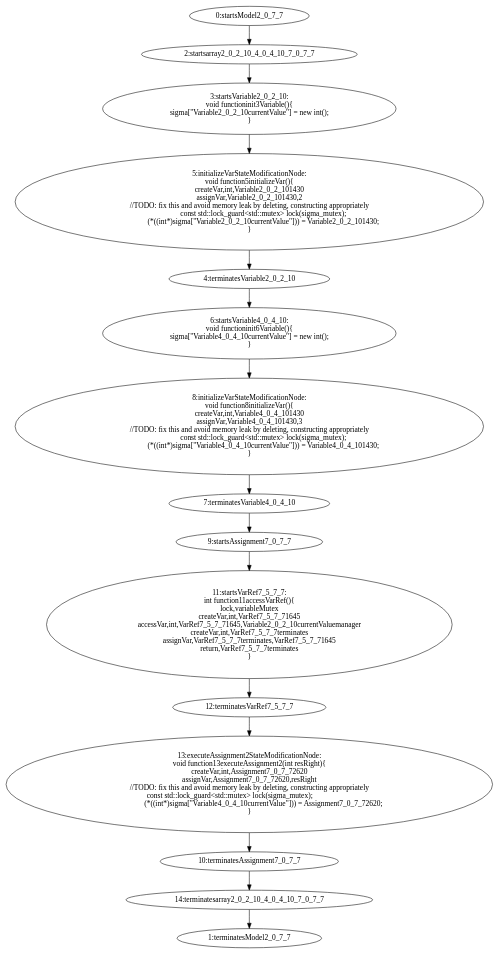
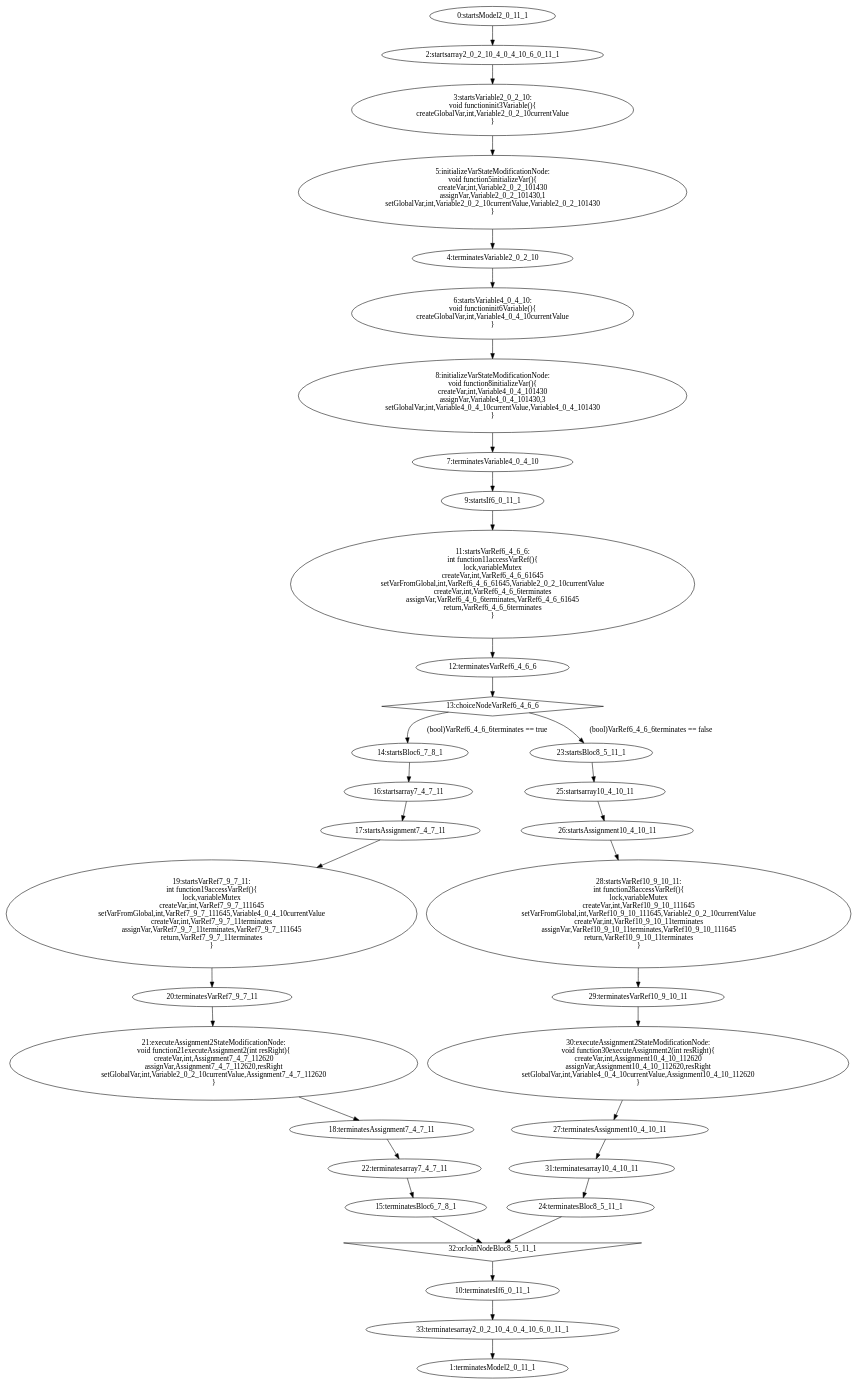
One commit to jdeantoni/TCOS.lang changed the diagram in temp/generated/basictestplus.dot. Above: the diagram before and after it, drawn with Graphviz. The commit also changed 8 other files, not shown here.

```diff
--- a/temp/generated/basictestplus.dot
+++ b/temp/generated/basictestplus.dot
@@ -1,66 +1,120 @@
 digraph G {
-  "0" [label="0:startsModel2_0_7_7" shape="ellipse" ];
-  "1" [label="1:terminatesModel2_0_7_7" shape="ellipse" ];
-  "2" [label="2:startsarray2_0_2_10_4_0_4_10_7_0_7_7" shape="ellipse" ];
+  "0" [label="0:startsModel2_0_11_1" shape="ellipse" ];
+  "1" [label="1:terminatesModel2_0_11_1" shape="ellipse" ];
+  "2" [label="2:startsarray2_0_2_10_4_0_4_10_6_0_11_1" shape="ellipse" ];
   "3" [label="3:startsVariable2_0_2_10:
 void functioninit3Variable(){
-sigma[\"Variable2_0_2_10currentValue\"] = new int();
+createGlobalVar,int,Variable2_0_2_10currentValue
 }" shape="ellipse" ];
   "4" [label="4:terminatesVariable2_0_2_10" shape="ellipse" ];
   "5" [label="5:initializeVarStateModificationNode:
 void function5initializeVar(){
 createVar,int,Variable2_0_2_101430
-assignVar,Variable2_0_2_101430,2
-//TODO: fix this and avoid memory leak by deleting, constructing appropriately
-                const std::lock_guard<std::mutex> lock(sigma_mutex);
-                (*((int*)sigma[\"Variable2_0_2_10currentValue\"])) = Variable2_0_2_101430;
+assignVar,Variable2_0_2_101430,1
+setGlobalVar,int,Variable2_0_2_10currentValue,Variable2_0_2_101430
 }" shape="ellipse" ];
   "6" [label="6:startsVariable4_0_4_10:
 void functioninit6Variable(){
-sigma[\"Variable4_0_4_10currentValue\"] = new int();
+createGlobalVar,int,Variable4_0_4_10currentValue
 }" shape="ellipse" ];
   "7" [label="7:terminatesVariable4_0_4_10" shape="ellipse" ];
   "8" [label="8:initializeVarStateModificationNode:
 void function8initializeVar(){
 createVar,int,Variable4_0_4_101430
 assignVar,Variable4_0_4_101430,3
-//TODO: fix this and avoid memory leak by deleting, constructing appropriately
-                const std::lock_guard<std::mutex> lock(sigma_mutex);
-                (*((int*)sigma[\"Variable4_0_4_10currentValue\"])) = Variable4_0_4_101430;
+setGlobalVar,int,Variable4_0_4_10currentValue,Variable4_0_4_101430
 }" shape="ellipse" ];
-  "9" [label="9:startsAssignment7_0_7_7" shape="ellipse" ];
-  "10" [label="10:terminatesAssignment7_0_7_7" shape="ellipse" ];
-  "11" [label="11:startsVarRef7_5_7_7:
+  "9" [label="9:startsIf6_0_11_1" shape="ellipse" ];
+  "10" [label="10:terminatesIf6_0_11_1" shape="ellipse" ];
+  "11" [label="11:startsVarRef6_4_6_6:
 int function11accessVarRef(){
 lock,variableMutex
-createVar,int,VarRef7_5_7_71645
-accessVar,int,VarRef7_5_7_71645,Variable2_0_2_10currentValuemanager
-createVar,int,VarRef7_5_7_7terminates
-assignVar,VarRef7_5_7_7terminates,VarRef7_5_7_71645
-return,VarRef7_5_7_7terminates
+createVar,int,VarRef6_4_6_61645
+setVarFromGlobal,int,VarRef6_4_6_61645,Variable2_0_2_10currentValue
+createVar,int,VarRef6_4_6_6terminates
+assignVar,VarRef6_4_6_6terminates,VarRef6_4_6_61645
+return,VarRef6_4_6_6terminates
 }" shape="ellipse" ];
-  "12" [label="12:terminatesVarRef7_5_7_7" shape="ellipse" ];
-  "13" [label="13:executeAssignment2StateModificationNode:
-void function13executeAssignment2(int resRight){
-createVar,int,Assignment7_0_7_72620
-assignVar,Assignment7_0_7_72620,resRight
-//TODO: fix this and avoid memory leak by deleting, constructing appropriately
-                const std::lock_guard<std::mutex> lock(sigma_mutex);                                    
-                (*((int*)sigma[\"Variable4_0_4_10currentValue\"])) = Assignment7_0_7_72620;
+  "12" [label="12:terminatesVarRef6_4_6_6" shape="ellipse" ];
+  "13" [label="13:choiceNodeVarRef6_4_6_6" shape="diamond" ];
+  "14" [label="14:startsBloc6_7_8_1" shape="ellipse" ];
+  "15" [label="15:terminatesBloc6_7_8_1" shape="ellipse" ];
+  "16" [label="16:startsarray7_4_7_11" shape="ellipse" ];
+  "17" [label="17:startsAssignment7_4_7_11" shape="ellipse" ];
+  "18" [label="18:terminatesAssignment7_4_7_11" shape="ellipse" ];
+  "19" [label="19:startsVarRef7_9_7_11:
+int function19accessVarRef(){
+lock,variableMutex
+createVar,int,VarRef7_9_7_111645
+setVarFromGlobal,int,VarRef7_9_7_111645,Variable4_0_4_10currentValue
+createVar,int,VarRef7_9_7_11terminates
+assignVar,VarRef7_9_7_11terminates,VarRef7_9_7_111645
+return,VarRef7_9_7_11terminates
 }" shape="ellipse" ];
-  "14" [label="14:terminatesarray2_0_2_10_4_0_4_10_7_0_7_7" shape="ellipse" ];
+  "20" [label="20:terminatesVarRef7_9_7_11" shape="ellipse" ];
+  "21" [label="21:executeAssignment2StateModificationNode:
+void function21executeAssignment2(int resRight){
+createVar,int,Assignment7_4_7_112620
+assignVar,Assignment7_4_7_112620,resRight
+setGlobalVar,int,Variable2_0_2_10currentValue,Assignment7_4_7_112620
+}" shape="ellipse" ];
+  "22" [label="22:terminatesarray7_4_7_11" shape="ellipse" ];
+  "23" [label="23:startsBloc8_5_11_1" shape="ellipse" ];
+  "24" [label="24:terminatesBloc8_5_11_1" shape="ellipse" ];
+  "25" [label="25:startsarray10_4_10_11" shape="ellipse" ];
+  "26" [label="26:startsAssignment10_4_10_11" shape="ellipse" ];
+  "27" [label="27:terminatesAssignment10_4_10_11" shape="ellipse" ];
+  "28" [label="28:startsVarRef10_9_10_11:
+int function28accessVarRef(){
+lock,variableMutex
+createVar,int,VarRef10_9_10_111645
+setVarFromGlobal,int,VarRef10_9_10_111645,Variable2_0_2_10currentValue
+createVar,int,VarRef10_9_10_11terminates
+assignVar,VarRef10_9_10_11terminates,VarRef10_9_10_111645
+return,VarRef10_9_10_11terminates
+}" shape="ellipse" ];
+  "29" [label="29:terminatesVarRef10_9_10_11" shape="ellipse" ];
+  "30" [label="30:executeAssignment2StateModificationNode:
+void function30executeAssignment2(int resRight){
+createVar,int,Assignment10_4_10_112620
+assignVar,Assignment10_4_10_112620,resRight
+setGlobalVar,int,Variable4_0_4_10currentValue,Assignment10_4_10_112620
+}" shape="ellipse" ];
+  "31" [label="31:terminatesarray10_4_10_11" shape="ellipse" ];
+  "32" [label="32:orJoinNodeBloc8_5_11_1" shape="invtriangle" ];
+  "33" [label="33:terminatesarray2_0_2_10_4_0_4_10_6_0_11_1" shape="ellipse" ];
   "0" -> "2" [label=""];
   "3" -> "5" [label=""];
   "5" -> "4" [label=""];
   "2" -> "3" [label=""];
   "6" -> "8" [label=""];
   "8" -> "7" [label=""];
   "4" -> "6" [label=""];
   "11" -> "12" [label=""];
   "9" -> "11" [label=""];
   "12" -> "13" [label=""];
-  "13" -> "10" [label=""];
+  "14" -> "16" [label=""];
+  "19" -> "20" [label=""];
+  "17" -> "19" [label=""];
+  "20" -> "21" [label=""];
+  "21" -> "18" [label=""];
+  "16" -> "17" [label=""];
+  "18" -> "22" [label=""];
+  "22" -> "15" [label=""];
+  "13" -> "14" [label="(bool)VarRef6_4_6_6terminates == true"];
+  "23" -> "25" [label=""];
+  "28" -> "29" [label=""];
+  "26" -> "28" [label=""];
+  "29" -> "30" [label=""];
+  "30" -> "27" [label=""];
+  "25" -> "26" [label=""];
+  "27" -> "31" [label=""];
+  "31" -> "24" [label=""];
+  "13" -> "23" [label="(bool)VarRef6_4_6_6terminates == false"];
+  "24" -> "32" [label=""];
+  "15" -> "32" [label=""];
+  "32" -> "10" [label=""];
   "7" -> "9" [label=""];
-  "10" -> "14" [label=""];
-  "14" -> "1" [label=""];
+  "10" -> "33" [label=""];
+  "33" -> "1" [label=""];
 }
```
